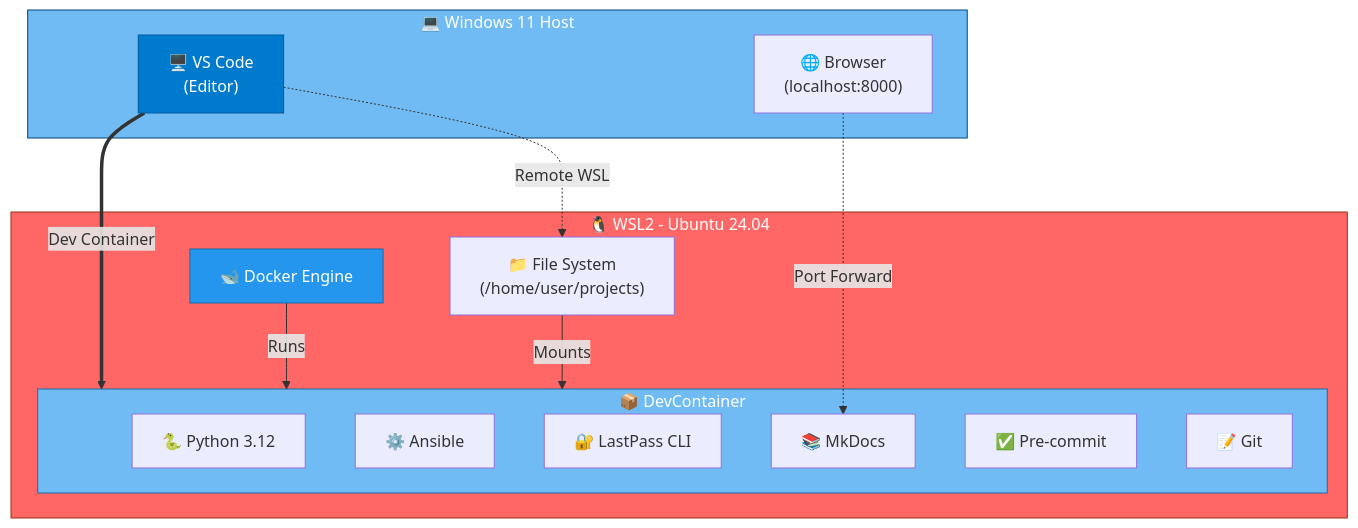
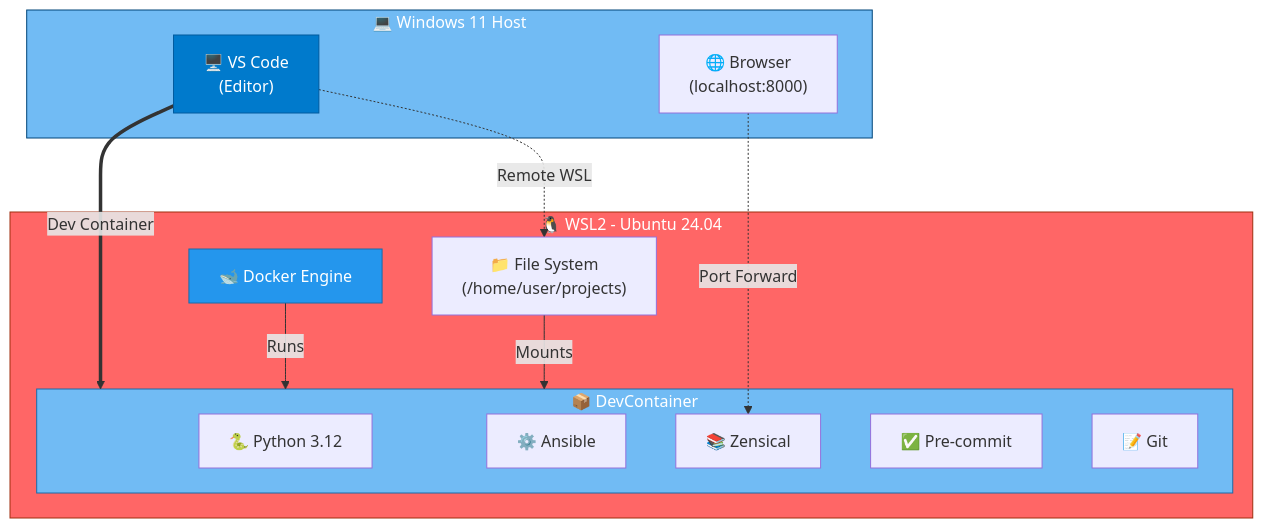
Before and after one commit to arne-opdal/dev-env: the diagram in docs/dev-environment.md, drawn with Mermaid. The commit also changed other lines of this file and 27 other files, not shown here.

````diff
--- a/docs/dev-environment.md
+++ b/docs/dev-environment.md
@@ -11,33 +11,32 @@
 ```mermaid
 graph TB
     subgraph Windows["💻 Windows 11 Host"]
         VSCode["🖥️ VS Code<br/>(Editor)"]
         Browser["🌐 Browser<br/>(localhost:8000)"]
     end
 
     subgraph WSL2["🐧 WSL2 - Ubuntu 24.04"]
         DockerEngine["🐋 Docker Engine"]
         FileSystem["📁 File System<br/>(/home/user/projects)"]
 
         subgraph DevContainer["📦 DevContainer"]
             Python["🐍 Python 3.12"]
             Ansible["⚙️ Ansible"]
-            LastPass["🔐 LastPass CLI"]
-            MkDocs["📚 MkDocs"]
+            Zensical["📚 Zensical"]
             PreCommit["✅ Pre-commit"]
             Git["📝 Git"]
         end
     end
 
     VSCode -.->|"Remote WSL"|FileSystem
     VSCode ==>|"Dev Container"|DevContainer
-    Browser -.->|"Port Forward"|MkDocs
+    Browser -.->|"Port Forward"|Zensical
     DockerEngine -->|"Runs"|DevContainer
     FileSystem -->|"Mounts"|DevContainer
 
     style Windows fill:#71bbf4,stroke:#004578,color:#fff
     style WSL2 fill:#ff6666,stroke:#9f2f0f,color:#fff
     style DevContainer fill:#71bbf4,stroke:#1a6ba8,color:#fff
     style VSCode fill:#007acc,stroke:#005a9e,color:#fff
     style DockerEngine fill:#2496ed,stroke:#1a6ba8,color:#fff
 ```
````
